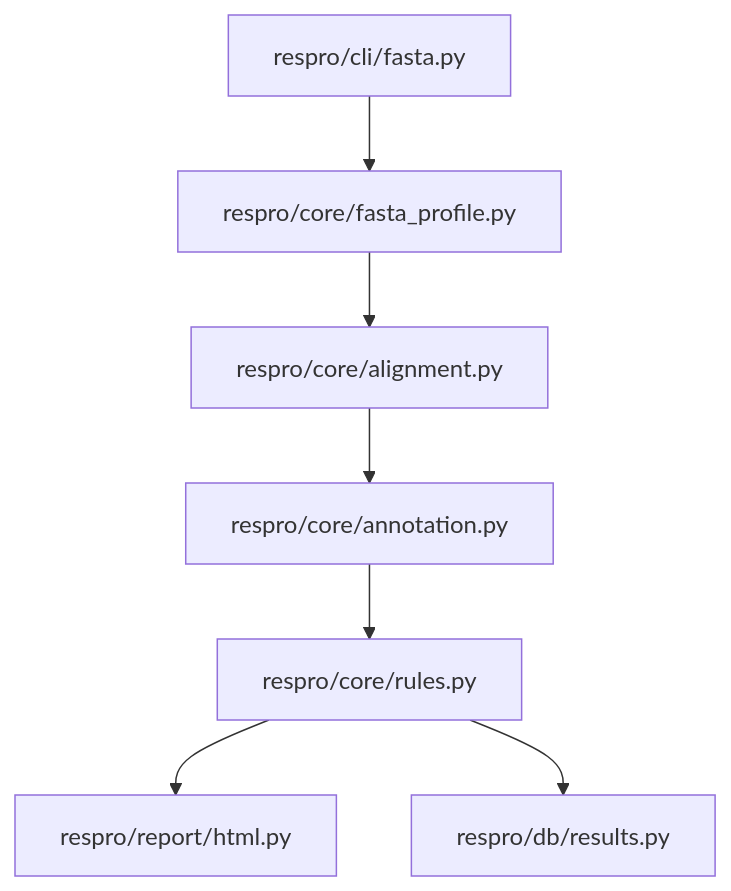
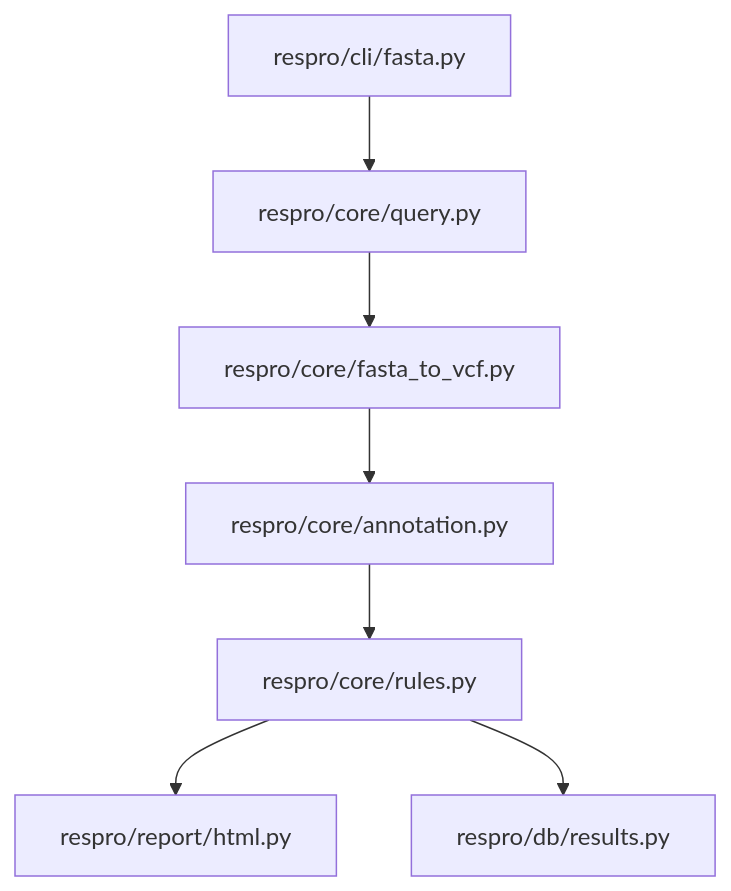
Before and after one commit to the-foxlab/ResistanceProfiler: the third of 4 diagrams in docs/development/detailed_respro_layout.md, drawn with Mermaid. The commit also changed other lines of this file and 20 other files, not shown here.

````diff
--- a/docs/development/detailed_respro_layout.md
+++ b/docs/development/detailed_respro_layout.md
@@ -51,9 +51,9 @@
 ```mermaid
 flowchart TD
-    A[respro/cli/fasta.py] --> B[respro/core/fasta_profile.py]
-    B --> C[respro/core/alignment.py]
+    A[respro/cli/fasta.py] --> B[respro/core/query.py]
+    B --> C[respro/core/fasta_to_vcf.py]
     C --> D[respro/core/annotation.py]
     D --> E[respro/core/rules.py]
     E --> F[respro/report/html.py]
     E --> G[respro/db/results.py]
 ```
````
